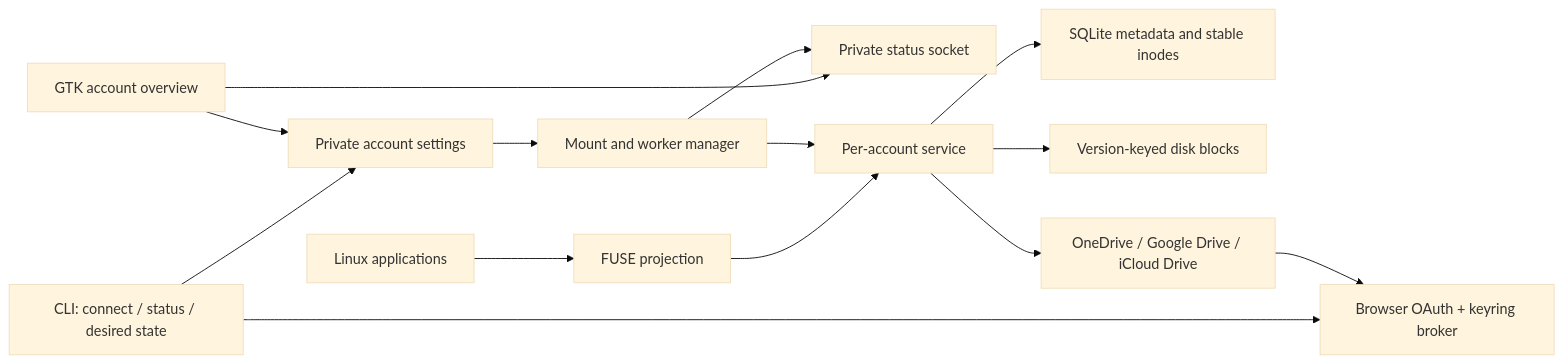
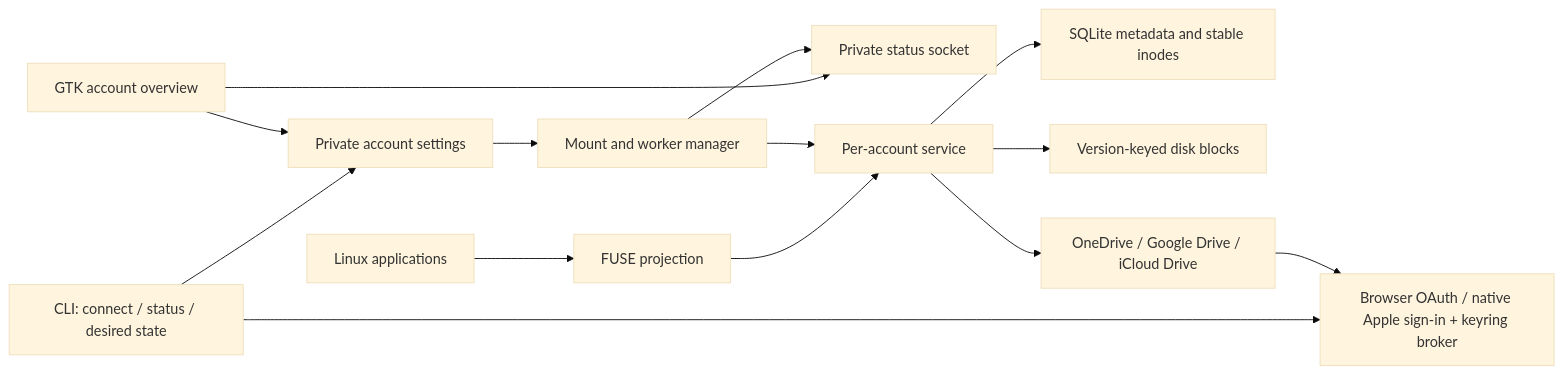
Before and after one commit to Dandiccf/cirrove: the diagram in docs/architecture.md, drawn with Mermaid (base theme). The commit also changed other lines of this file and 9 other files, not shown here.

````diff
--- a/docs/architecture.md
+++ b/docs/architecture.md
@@ -23,16 +27,16 @@
 ```mermaid
 flowchart LR
     CLI[CLI: connect / status / desired state] --> Settings[Private account settings]
-    CLI --> Auth[Browser OAuth + keyring broker]
+    CLI --> Auth[Browser OAuth / native Apple sign-in + keyring broker]
     Desktop[GTK account overview] --> Settings
     Desktop --> Status[Private status socket]
     Manager --> Status
     Apps[Linux applications] --> FUSE[FUSE projection]
     FUSE --> Engine[Per-account service]
     Engine --> Store[SQLite metadata and stable inodes]
     Engine --> Cache[Version-keyed disk blocks]
     Engine --> Provider[OneDrive / Google Drive / iCloud Drive]
     Provider --> Auth
     Settings --> Manager[Mount and worker manager]
     Manager --> Engine
 ```
````
